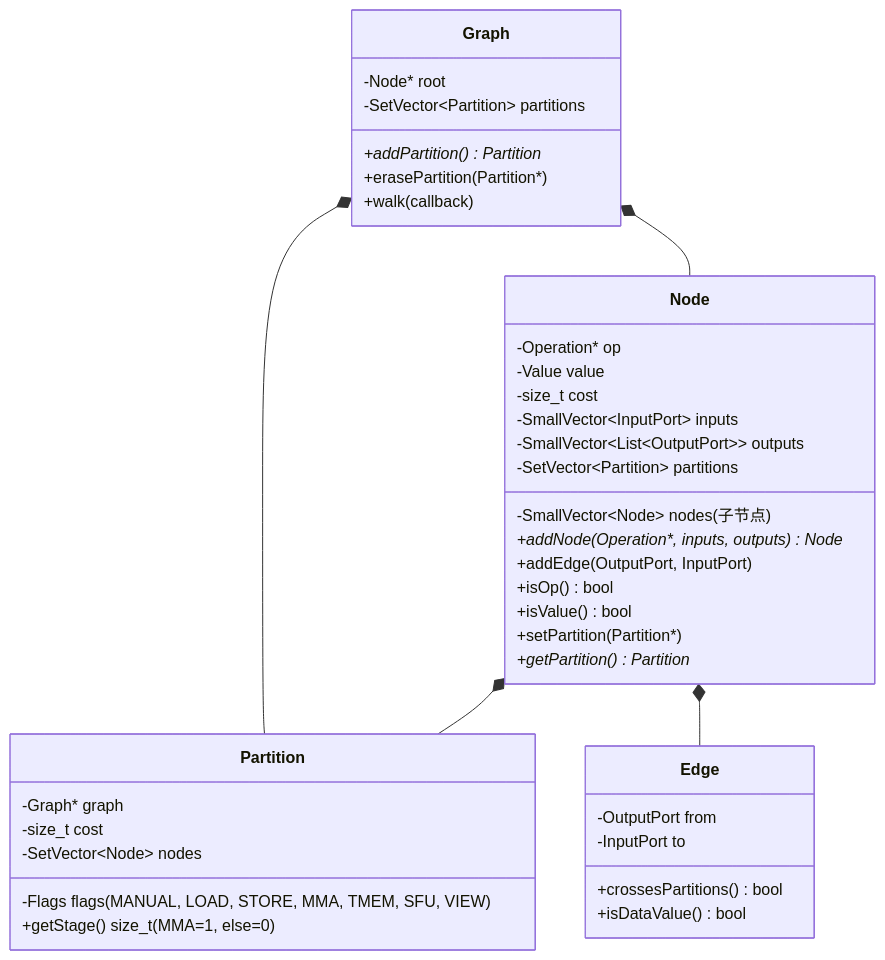
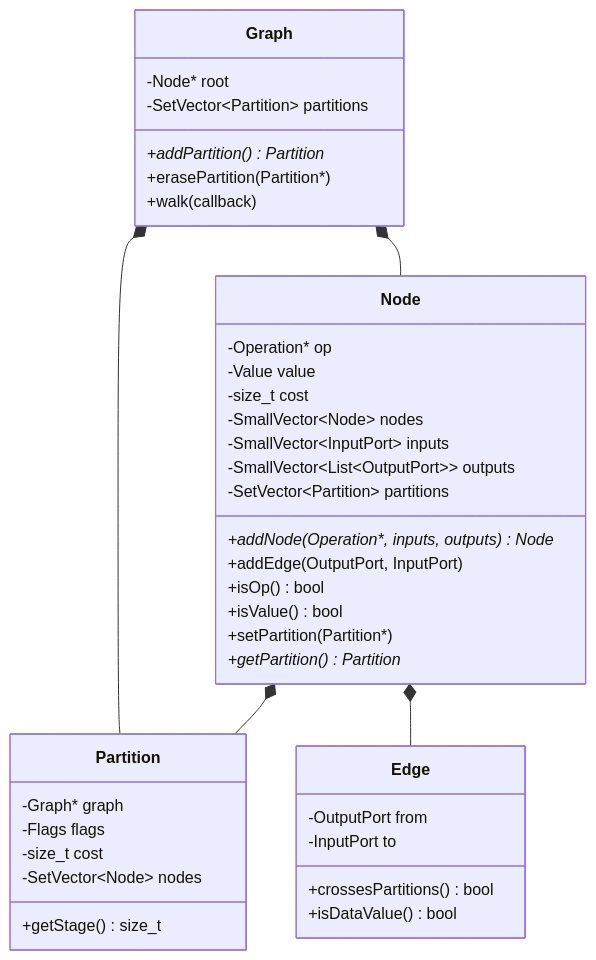
The fourth of 4 diagrams in Triton Introduction/triton_compiler_view_tutorial/ch10_pipeline_warp_spec.md (Allen-C-Guan/Pytorch-Inductor-Tutorial), drawn with Mermaid before and after one commit. The commit also changed 4 other files, not shown here.

Commit message:
fix graph bug

````diff
--- a/Triton Introduction/triton_compiler_view_tutorial/ch10_pipeline_warp_spec.md
+++ b/Triton Introduction/triton_compiler_view_tutorial/ch10_pipeline_warp_spec.md
@@ -474,42 +474,42 @@
 ```mermaid
 classDiagram
     class Graph {
         -Node* root
         -SetVector~Partition~ partitions
         +addPartition() Partition*
         +erasePartition(Partition*)
         +walk(callback)
     }
     class Node {
         -Operation* op
         -Value value
         -size_t cost
-        -SmallVector~Node~ nodes (子节点)
+        -SmallVector~Node~ nodes
         -SmallVector~InputPort~ inputs
         -SmallVector~List~OutputPort~~ outputs
         -SetVector~Partition~ partitions
         +addNode(Operation*, inputs, outputs) Node*
         +addEdge(OutputPort, InputPort)
         +isOp() bool
         +isValue() bool
         +setPartition(Partition*)
         +getPartition() Partition*
     }
     class Partition {
         -Graph* graph
-        -Flags flags (MANUAL, LOAD, STORE, MMA, TMEM, SFU, VIEW)
+        -Flags flags
         -size_t cost
         -SetVector~Node~ nodes
-        +getStage() size_t (MMA=1, else=0)
+        +getStage() size_t
     }
     class Edge {
         -OutputPort from
         -InputPort to
         +crossesPartitions() bool
         +isDataValue() bool
     }
     Graph *-- Node
     Graph *-- Partition
     Node *-- Partition
     Node *-- Edge
 ```
````
